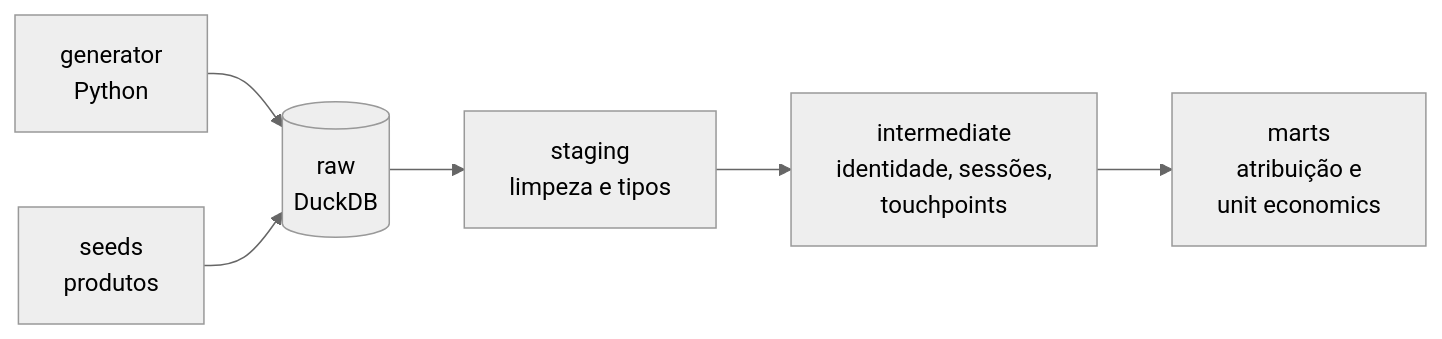
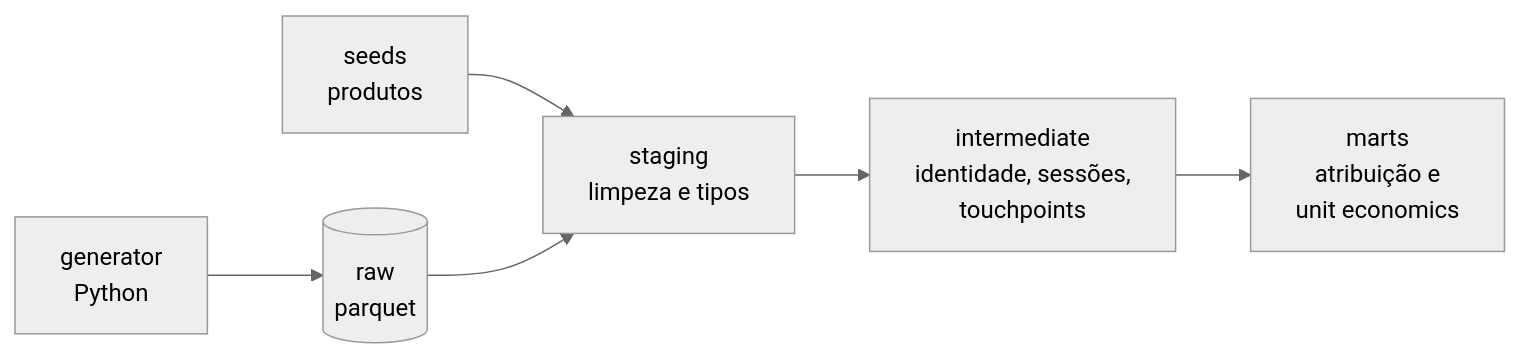
Before and after one commit to viniciusfreiss/revops-dbt: the diagram in README.md, drawn with Mermaid (neutral theme). The commit also changed other lines of this file, not shown here.

````diff
--- a/README.md
+++ b/README.md
@@ -19,8 +19,8 @@
 ```mermaid
 flowchart LR
-    G[generator<br/>Python] --> R[(raw<br/>DuckDB)]
-    S[seeds<br/>produtos] --> R
+    G[generator<br/>Python] --> R[(raw<br/>parquet)]
+    S[seeds<br/>produtos] --> ST
     R --> ST[staging<br/>limpeza e tipos]
     ST --> I[intermediate<br/>identidade, sessões,<br/>touchpoints]
     I --> M[marts<br/>atribuição e<br/>unit economics]
 ```
````
